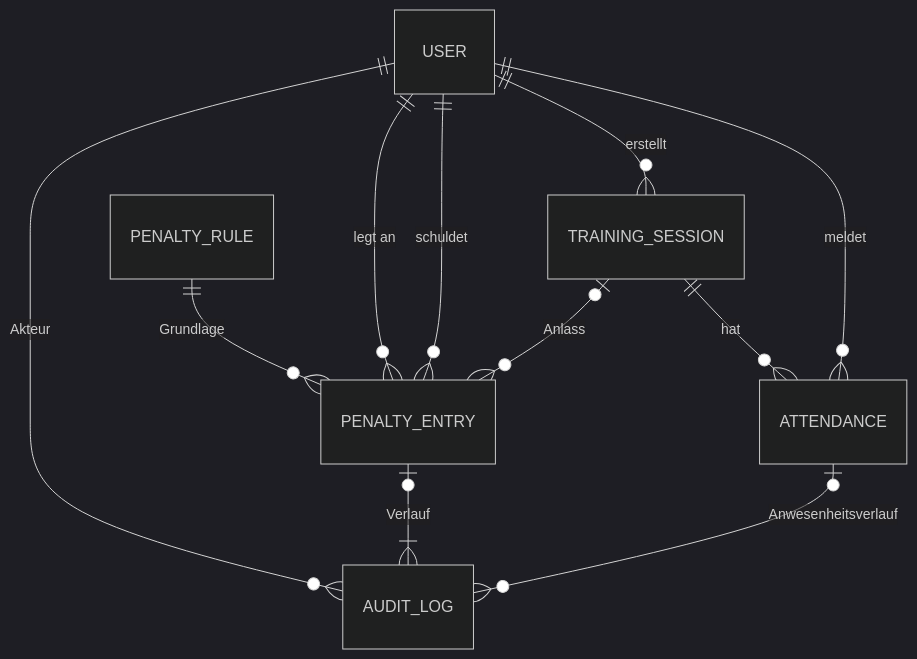
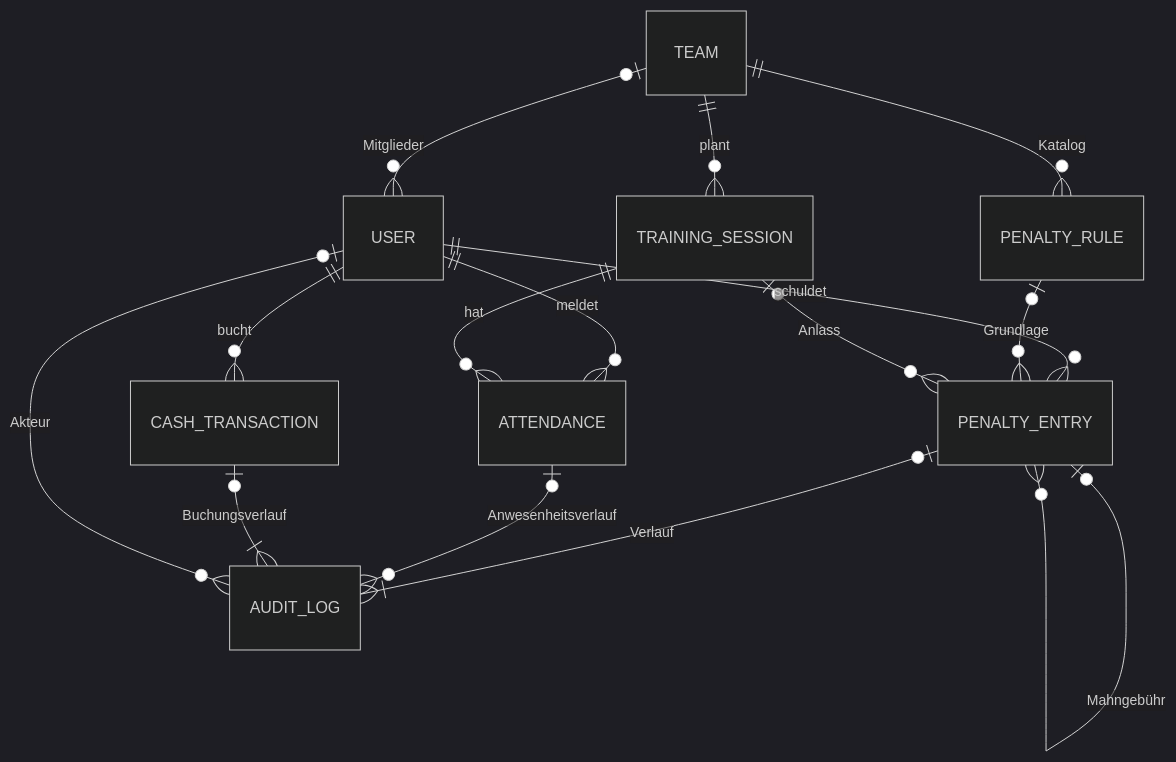
Before and after one commit to squadhq-team/squadhq-team: the first of 2 diagrams in docs/architektur/er-modell.md, drawn with Mermaid (dark theme). The commit also changed other lines of this file and 13 other files, not shown here.

First line of the commit message:
Doku und Diagramme an Teams, Rollen und neue Features angepasst

````diff
--- a/docs/architektur/er-modell.md
+++ b/docs/architektur/er-modell.md
@@ -7,13 +7,17 @@
 ```mermaid
 erDiagram
+  TEAM |o--o{ USER : "Mitglieder"
+  TEAM ||--o{ TRAINING_SESSION : "plant"
+  TEAM ||--o{ PENALTY_RULE : "Katalog"
   USER ||--o{ ATTENDANCE : "meldet"
   TRAINING_SESSION ||--o{ ATTENDANCE : "hat"
-  USER ||--o{ TRAINING_SESSION : "erstellt"
   USER ||--o{ PENALTY_ENTRY : "schuldet"
-  USER ||--o{ PENALTY_ENTRY : "legt an"
-  PENALTY_RULE ||--o{ PENALTY_ENTRY : "Grundlage"
+  PENALTY_RULE |o--o{ PENALTY_ENTRY : "Grundlage"
   TRAINING_SESSION |o--o{ PENALTY_ENTRY : "Anlass"
+  PENALTY_ENTRY |o--o{ PENALTY_ENTRY : "Mahngebühr"
+  USER ||--o{ CASH_TRANSACTION : "bucht"
   PENALTY_ENTRY |o--|{ AUDIT_LOG : "Verlauf"
   ATTENDANCE |o--o{ AUDIT_LOG : "Anwesenheitsverlauf"
-  USER ||--o{ AUDIT_LOG : "Akteur"
+  CASH_TRANSACTION |o--|{ AUDIT_LOG : "Buchungsverlauf"
+  USER |o--o{ AUDIT_LOG : "Akteur"
 ```
````
